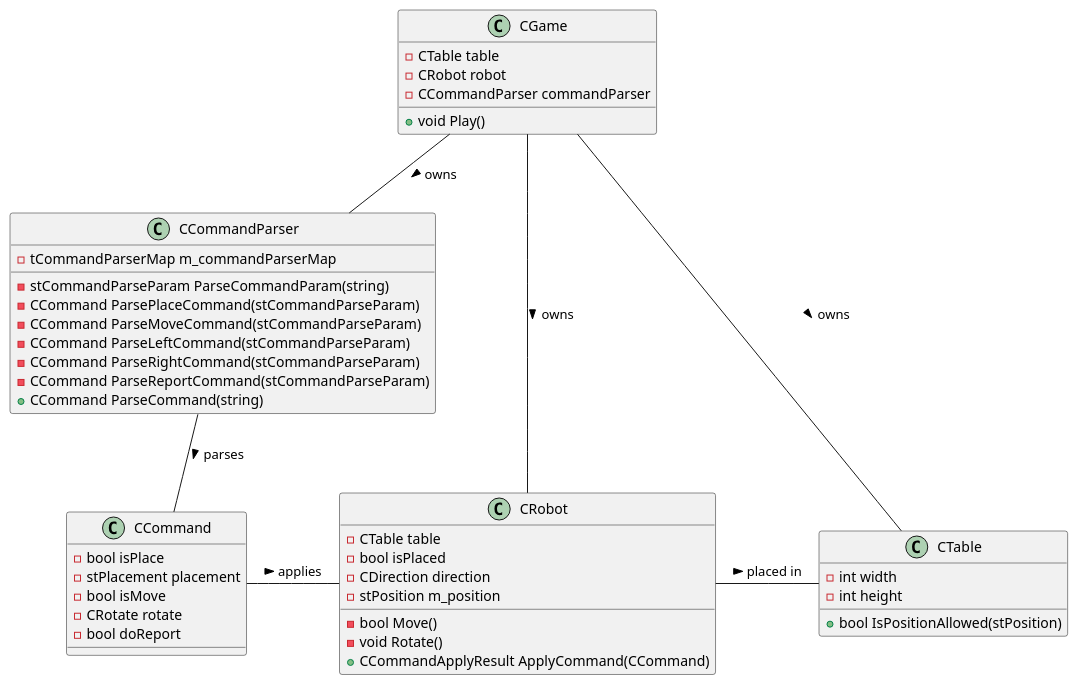
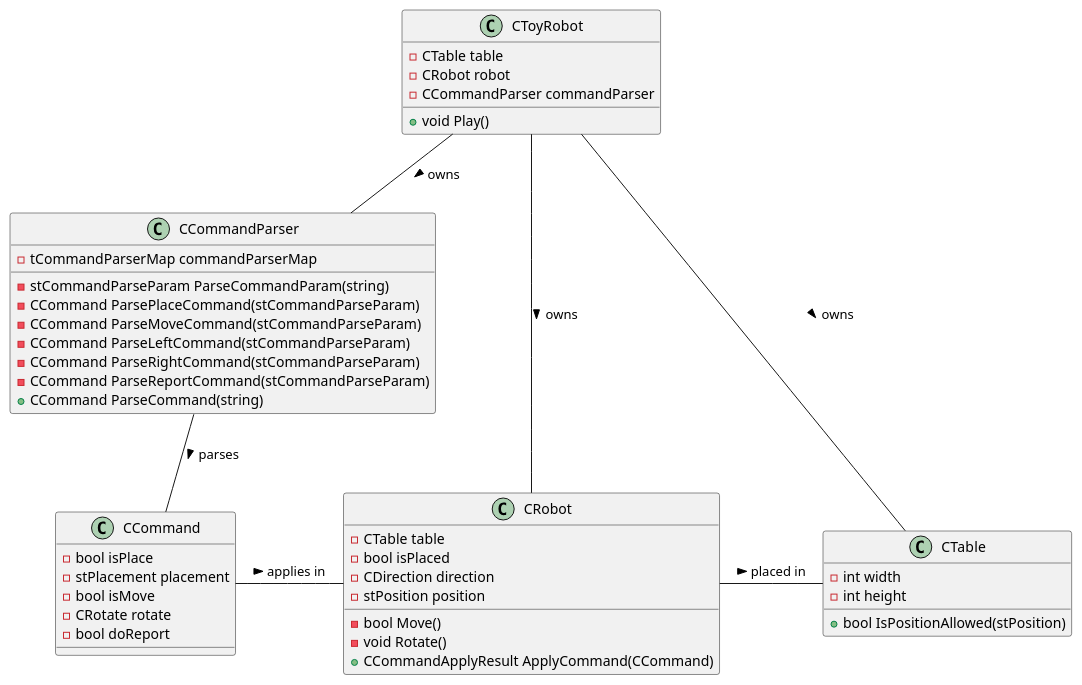
One commit to acebelaro/ToyRobot_AceBelaro changed the diagram in doc/puml/class.puml. Above: the diagram before and after it, drawn with PlantUML. The commit also changed 10 other files, not shown here.

Commit message:
- renamed game to toy robot - updated sequence diagram : added check if robot is placed - updated class diagram : command-robot relation ship and class rename - added break in loop of direction to string if match is already found - updated make file due to rename

```diff
--- a/doc/puml/class.puml
+++ b/doc/puml/class.puml
@@ -1,48 +1,48 @@
 @startuml
-class CGame{
+class CToyRobot{
 - CTable table
 - CRobot robot
 - CCommandParser commandParser
 +void Play()
 }
 class CTable{
 - int width
 - int height
 + bool IsPositionAllowed(stPosition)
 }
 class CRobot{
 - CTable table
 - bool isPlaced
 - CDirection direction
-- stPosition m_position
+- stPosition position
 - bool Move()
 - void Rotate()
 + CCommandApplyResult ApplyCommand(CCommand)
 }
 class CCommand{
 - bool isPlace
 - stPlacement placement
 - bool isMove
 - CRotate rotate
 - bool doReport
 }
 class CCommandParser{
-- tCommandParserMap m_commandParserMap
+- tCommandParserMap commandParserMap
 - stCommandParseParam ParseCommandParam(string)
 - CCommand ParsePlaceCommand(stCommandParseParam)
 - CCommand ParseMoveCommand(stCommandParseParam)
 - CCommand ParseLeftCommand(stCommandParseParam)
 - CCommand ParseRightCommand(stCommandParseParam)
 - CCommand ParseReportCommand(stCommandParseParam)
 + CCommand ParseCommand(string)
 }
 
 CRobot - CTable : placed in >
 CCommandParser -- CCommand : parses >
-CCommand - CRobot : applies >
+CCommand - CRobot : applies in >
 
-CGame -- CTable : owns >
-CGame -- CRobot : owns >
-CGame -- CCommandParser : owns >
+CToyRobot -- CTable : owns >
+CToyRobot -- CRobot : owns >
+CToyRobot -- CCommandParser : owns >
 
 @enduml
```
